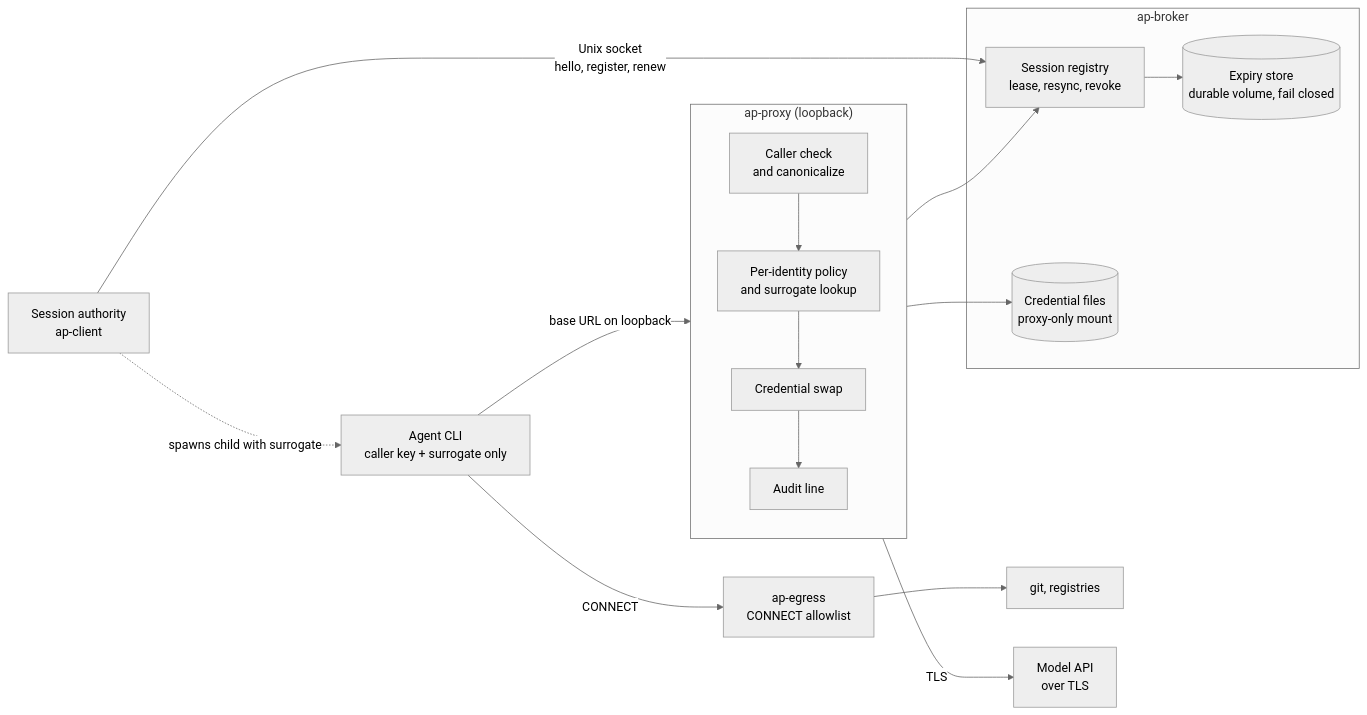
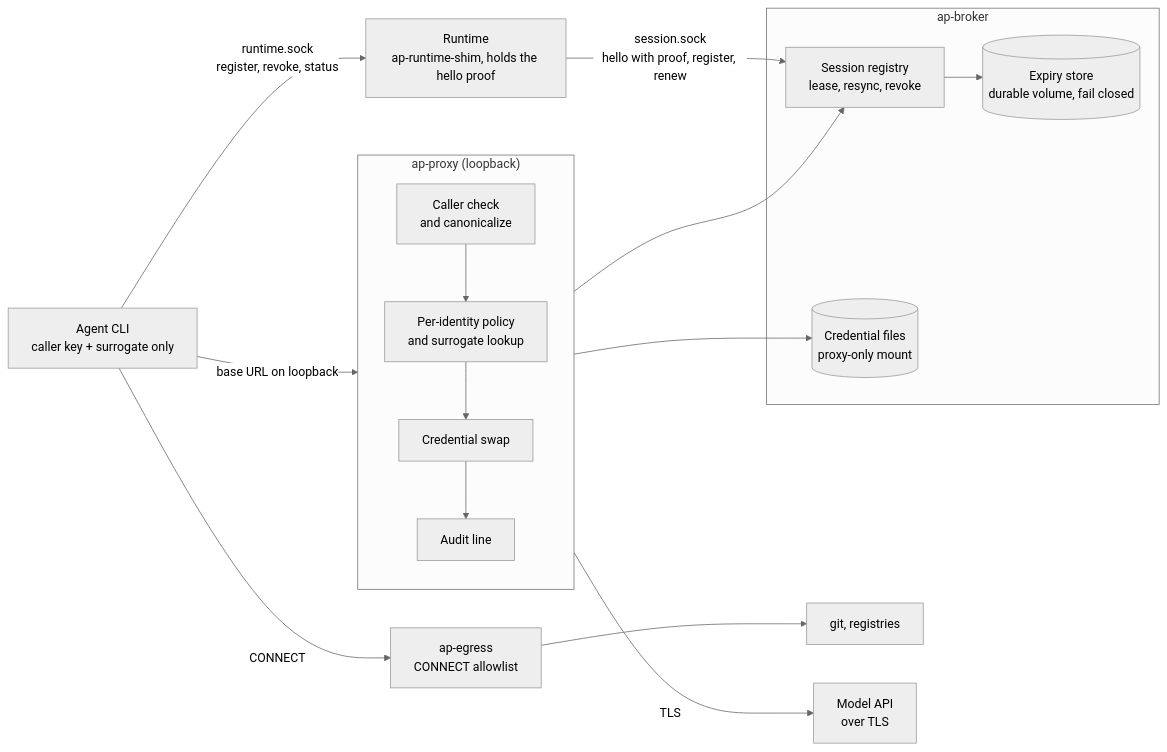
Before and after one commit to openabdev/auth-proxy: the first of 2 diagrams in README.md, drawn with Mermaid (neutral theme). The commit also changed other lines of this file, not shown here.

First line of the commit message:
docs(readme): runtime container in the diagrams and the feature list

````diff
--- a/README.md
+++ b/README.md
@@ -10,33 +11,33 @@
 ```mermaid
 flowchart LR
     agent["Agent CLI<br/>caller key + surrogate only"]
-    authority["Session authority<br/>ap-client"]
+    runtime["Runtime<br/>ap-runtime-shim, holds the hello proof"]
     egress["ap-egress<br/>CONNECT allowlist"]
     git["git, registries"]
     upstream["Model API<br/>over TLS"]
 
     subgraph proxy["ap-proxy (loopback)"]
         direction TB
         check["Caller check<br/>and canonicalize"]
         lookup["Per-identity policy<br/>and surrogate lookup"]
         swap["Credential swap"]
         audit["Audit line"]
         check --> lookup --> swap --> audit
     end
 
     subgraph broker["ap-broker"]
         registry["Session registry<br/>lease, resync, revoke"]
         expiry[("Expiry store<br/>durable volume, fail closed")]
         store[("Credential files<br/>proxy-only mount")]
     end
 
-    authority -. "spawns child with surrogate" .-> agent
-    authority -- "Unix socket<br/>hello, register, renew" --> registry
+    agent -- "runtime.sock<br/>register, revoke, status" --> runtime
+    runtime -- "session.sock<br/>hello with proof, register, renew" --> registry
     registry --> expiry
     agent -- "base URL on loopback" --> check
     lookup --> registry
     swap --> store
     swap -- "TLS" --> upstream
     agent -- "CONNECT" --> egress
     egress --> git
 ```
````
